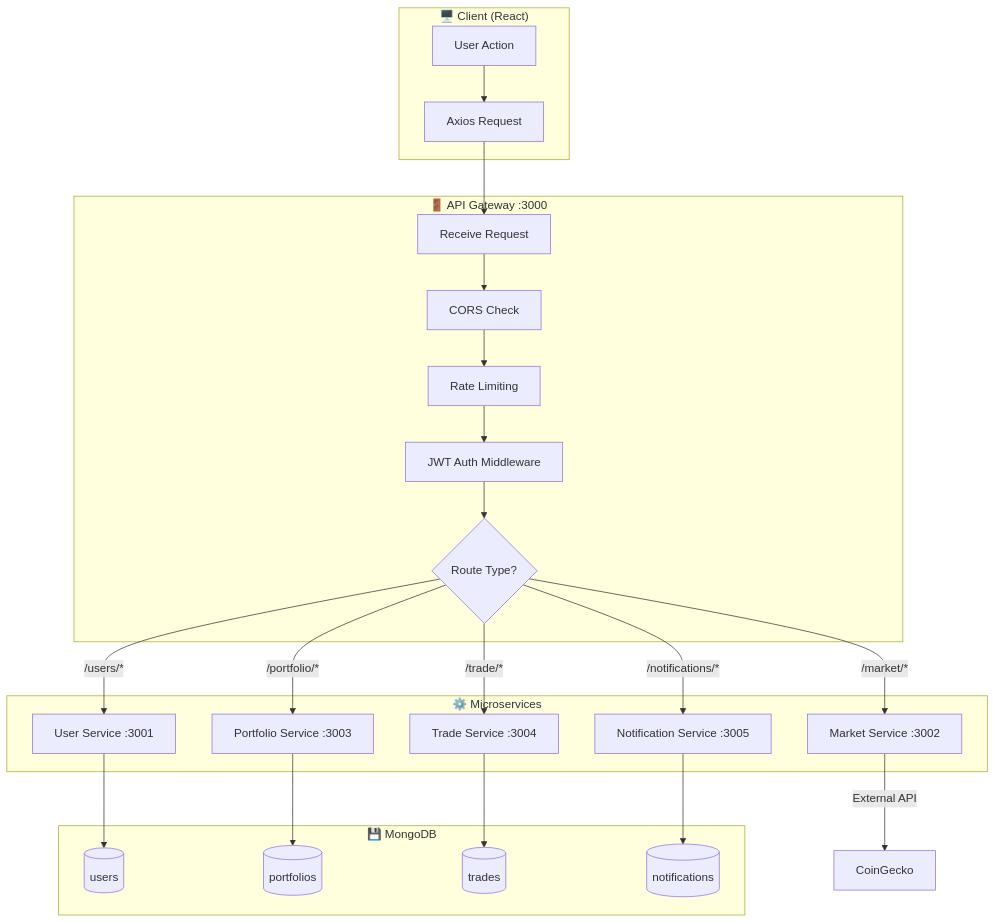
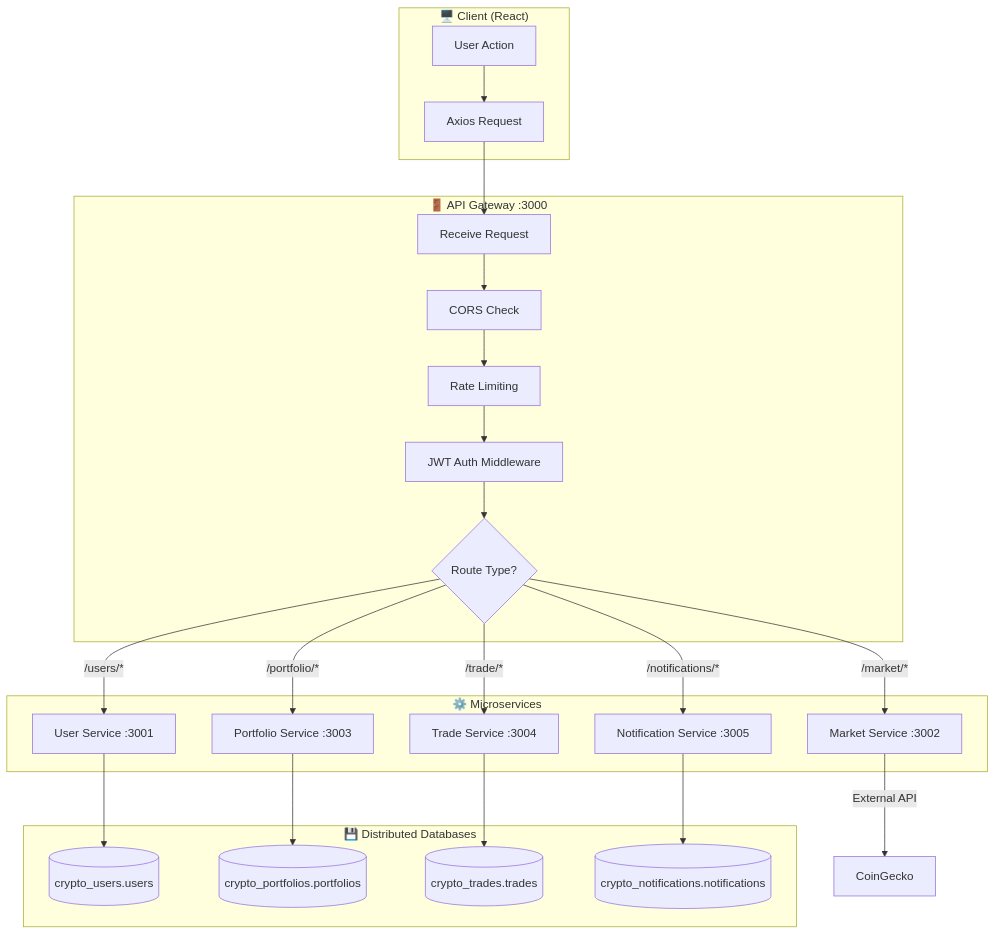
Diagram 27 of 31 in docs/BAO_CAO_KIEN_TRUC_HUONG_DICH_VU.md (doanthetin193/CryptoTradingSOA), drawn with Mermaid before and after one commit. The commit also changed other lines of this file and 7 other files, not shown here.

````diff
--- a/docs/BAO_CAO_KIEN_TRUC_HUONG_DICH_VU.md
+++ b/docs/BAO_CAO_KIEN_TRUC_HUONG_DICH_VU.md
@@ -1521,44 +1535,44 @@
 ```mermaid
 flowchart TB
     subgraph Client["🖥️ Client (React)"]
         A[User Action] --> B[Axios Request]
     end
     
     subgraph Gateway["🚪 API Gateway :3000"]
         C[Receive Request]
         D[CORS Check]
         E[Rate Limiting]
         F[JWT Auth Middleware]
         G{Route Type?}
     end
     
     subgraph Services["⚙️ Microservices"]
         H[User Service :3001]
         I[Market Service :3002]
         J[Portfolio Service :3003]
         K[Trade Service :3004]
         L[Notification Service :3005]
     end
     
-    subgraph Database["💾 MongoDB"]
-        M[(users)]
-        N[(portfolios)]
-        O[(trades)]
-        P[(notifications)]
+    subgraph Database["💾 Distributed Databases"]
+        M[(crypto_users.users)]
+        N[(crypto_portfolios.portfolios)]
+        O[(crypto_trades.trades)]
+        P[(crypto_notifications.notifications)]
     end
     
     B --> C
     C --> D --> E --> F --> G
     G -->|/users/*| H
     G -->|/market/*| I
     G -->|/portfolio/*| J
     G -->|/trade/*| K
     G -->|/notifications/*| L
     
     H --> M
     J --> N
     K --> O
     L --> P
     
     I -->|External API| Q[CoinGecko]
 ```
````
